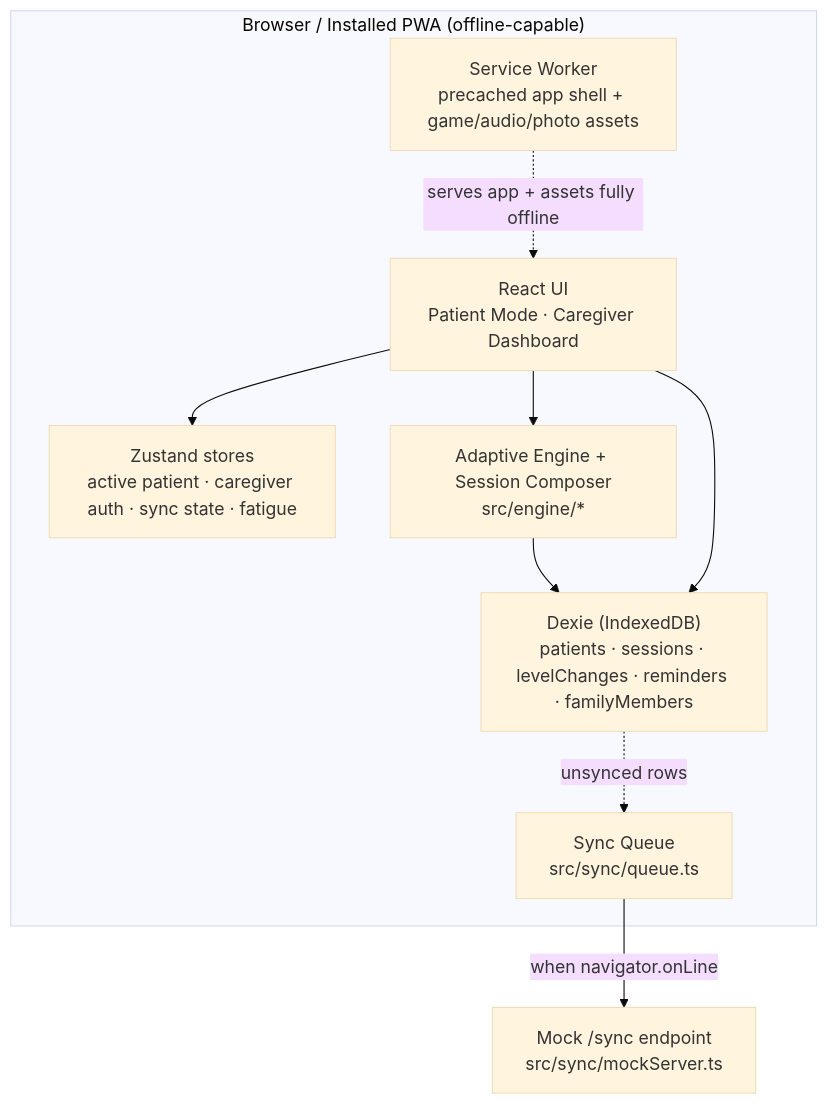
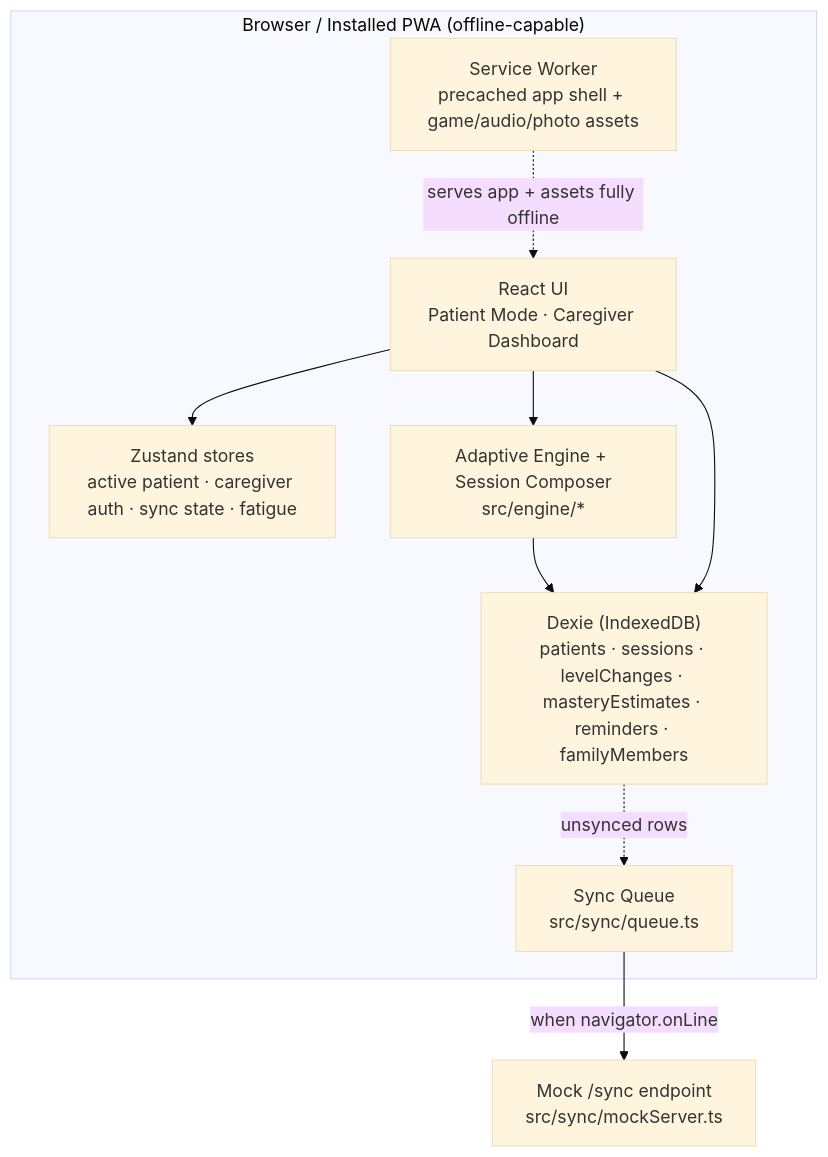
One commit to thecreator1268/game1 changed the diagram in README.md. Above: the diagram before and after it, drawn with Mermaid (base theme). The commit also changed other lines of this file and 19 other files, not shown here.

````diff
--- a/README.md
+++ b/README.md
@@ -57,20 +57,20 @@
 ```mermaid
 flowchart TB
     subgraph Client["Browser / Installed PWA (offline-capable)"]
         UI["React UI<br/>Patient Mode · Caregiver Dashboard"]
         Zustand["Zustand stores<br/>active patient · caregiver auth · sync state · fatigue"]
         Engine["Adaptive Engine + Session Composer<br/>src/engine/*"]
-        Dexie["Dexie (IndexedDB)<br/>patients · sessions · levelChanges · reminders · familyMembers"]
+        Dexie["Dexie (IndexedDB)<br/>patients · sessions · levelChanges · masteryEstimates · reminders · familyMembers"]
         SW["Service Worker<br/>precached app shell + game/audio/photo assets"]
         SyncQ["Sync Queue<br/>src/sync/queue.ts"]
     end
     MockAPI["Mock /sync endpoint<br/>src/sync/mockServer.ts"]
 
     UI --> Zustand
     UI --> Engine
     Engine --> Dexie
     UI --> Dexie
     Dexie -. unsynced rows .-> SyncQ
     SyncQ -- "when navigator.onLine" --> MockAPI
     SW -. serves app + assets fully offline .-> UI
 ```
````
